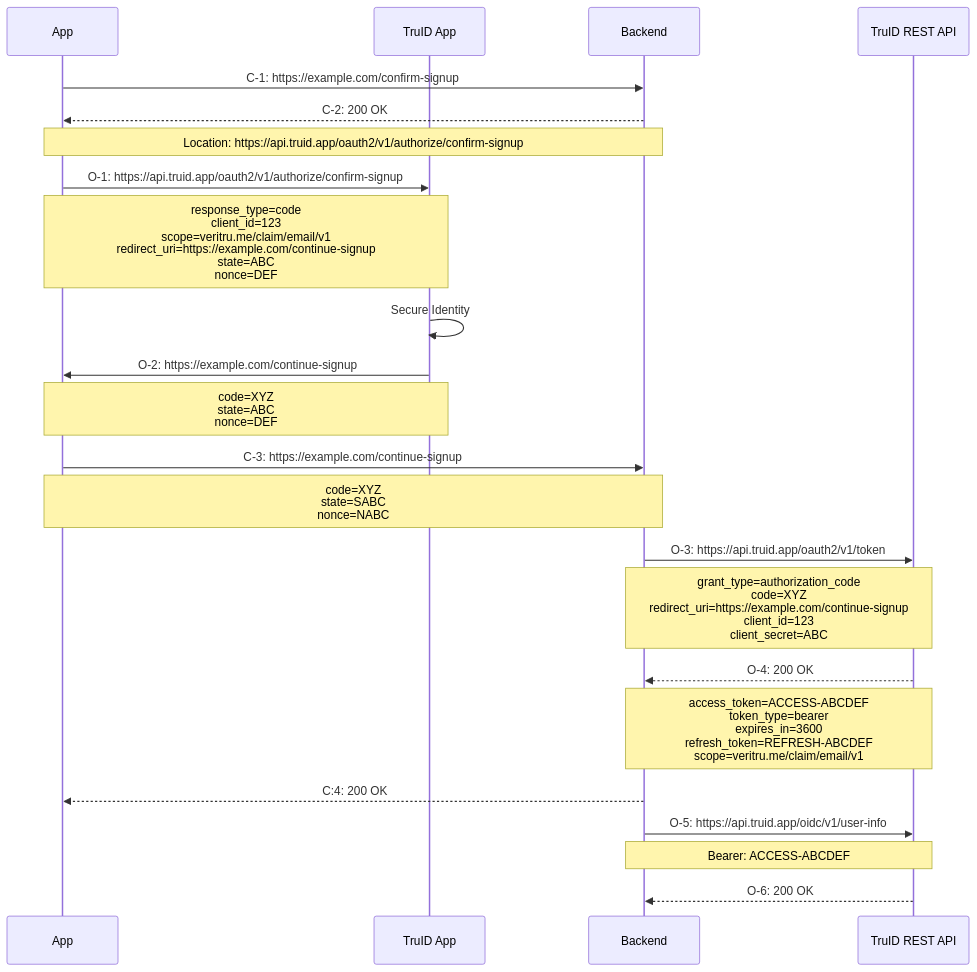
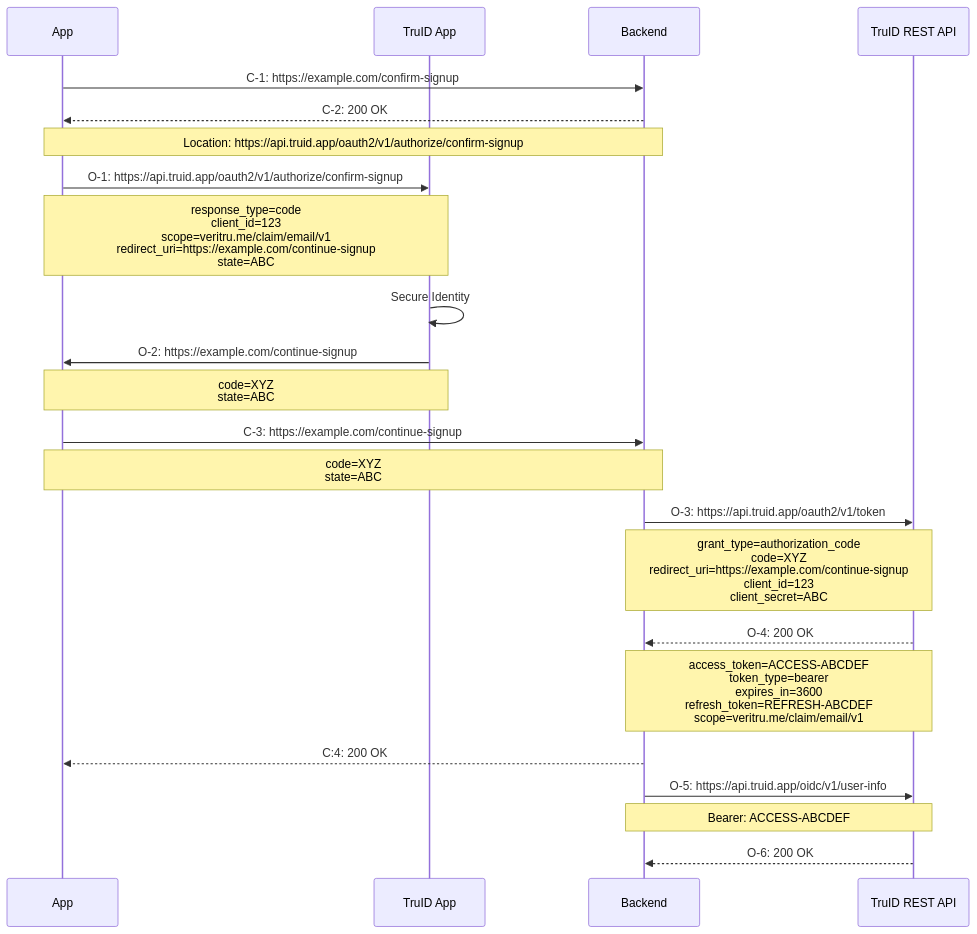
One commit to truid-app/client-integration changed the diagram in docs/oauth2/app-with-backend.md. Above: the diagram before and after it, drawn with Mermaid. The commit also changed other lines of this file, not shown here.

````diff
--- a/docs/oauth2/app-with-backend.md
+++ b/docs/oauth2/app-with-backend.md
@@ -25,36 +25,36 @@
 ```mermaid
 sequenceDiagram
 
   participant APP as App
   participant TID as TruID App
   participant BE as Backend
   participant API as TruID REST API
 
   APP ->> BE: C-1: https://example.com/confirm-signup
 
   BE -->> APP: C-2: 200 OK
   note over APP,BE: Location: https://api.truid.app/oauth2/v1/authorize/confirm-signup
 
   APP ->> TID: O-1: https://api.truid.app/oauth2/v1/authorize/confirm-signup
-  note over APP,TID: response_type=code<br/>client_id=123<br/>scope=veritru.me/claim/email/v1<br/>redirect_uri=https://example.com/continue-signup<br/>state=ABC<br/>nonce=DEF
+  note over APP,TID: response_type=code<br/>client_id=123<br/>scope=veritru.me/claim/email/v1<br/>redirect_uri=https://example.com/continue-signup<br/>state=ABC
 
   TID ->> TID: Secure Identity
 
   TID ->> APP: O-2: https://example.com/continue-signup
-  note over TID,APP: code=XYZ<br/>state=ABC<br/>nonce=DEF
+  note over TID,APP: code=XYZ<br/>state=ABC
 
   APP ->> BE: C-3: https://example.com/continue-signup
-  note over APP,BE: code=XYZ<br/>state=SABC<br/>nonce=NABC
+  note over APP,BE: code=XYZ<br/>state=ABC
 
   BE ->> API: O-3: https://api.truid.app/oauth2/v1/token
   note over BE,API: grant_type=authorization_code<br/>code=XYZ<br/>redirect_uri=https://example.com/continue-signup<br/>client_id=123<br/>client_secret=ABC
 
   API -->> BE: O-4: 200 OK
   note over API,BE: access_token=ACCESS-ABCDEF<br/>token_type=bearer<br/>expires_in=3600<br/>refresh_token=REFRESH-ABCDEF<br/>scope=veritru.me/claim/email/v1
 
   BE -->> APP: C:4: 200 OK
 
   BE ->> API: O-5: https://api.truid.app/oidc/v1/user-info
   note over BE,API: Bearer: ACCESS-ABCDEF
   API -->> BE: O-6: 200 OK
 ```
````
